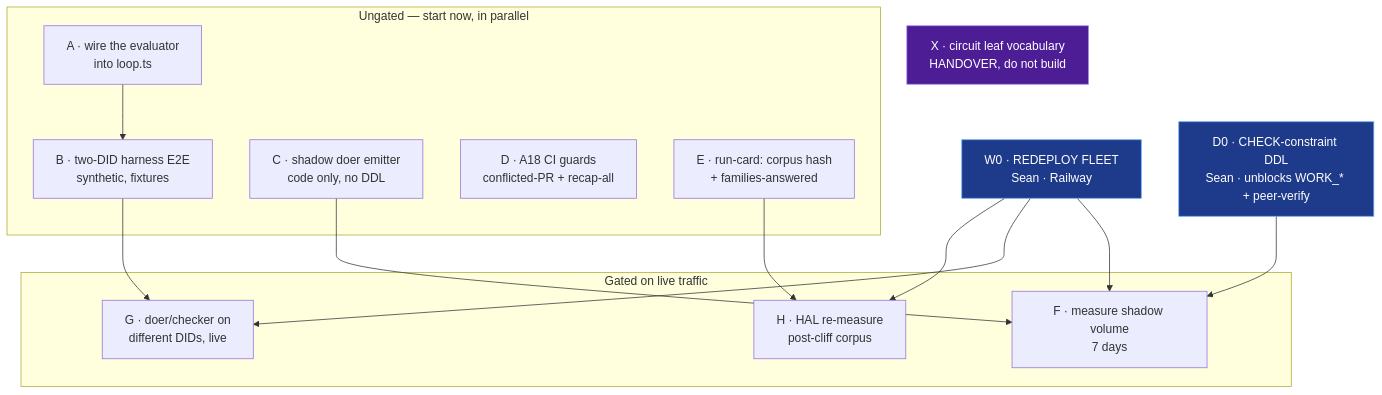
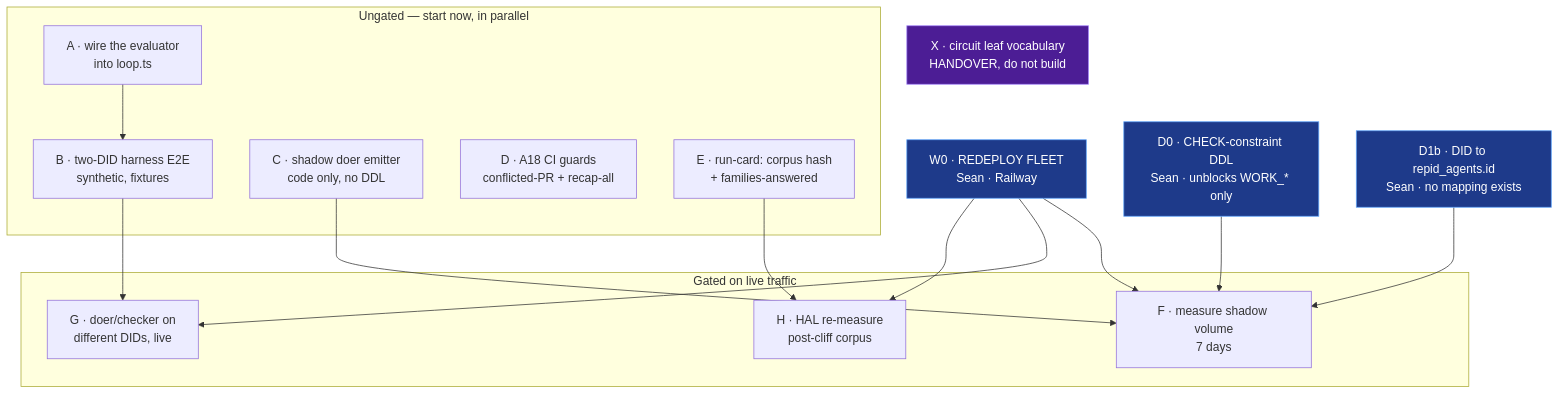
One commit to DealAppSeo/trinity-ecosystem changed the second of 3 diagrams in docs/PARALLEL-SPRINT-PLAN-2026-08-15.md. Above: the diagram before and after it, drawn with Mermaid. The commit also changed other lines of this file and 2 other files, not shown here.

````diff
--- a/docs/PARALLEL-SPRINT-PLAN-2026-08-15.md
+++ b/docs/PARALLEL-SPRINT-PLAN-2026-08-15.md
@@ -99,29 +99,30 @@
 ```mermaid
 graph TD
   W0["W0 · REDEPLOY FLEET<br/>Sean · Railway"]:::human
 
   subgraph UNGATED["Ungated — start now, in parallel"]
     A1["A · wire the evaluator<br/>into loop.ts"]
     A2["B · two-DID harness E2E<br/>synthetic, fixtures"]
     A3["C · shadow doer emitter<br/>code only, no DDL"]
     A4["D · A18 CI guards<br/>conflicted-PR + recap-all"]
     A5["E · run-card: corpus hash<br/>+ families-answered"]
   end
 
   subgraph GATED["Gated on live traffic"]
     G1["F · measure shadow volume<br/>7 days"]
     G2["G · doer/checker on<br/>different DIDs, live"]
     G3["H · HAL re-measure<br/>post-cliff corpus"]
   end
 
   W0 --> G1 & G2 & G3
   A1 --> A2 --> G2
   A3 --> G1
   A5 --> G3
-  D0["D0 · CHECK-constraint DDL<br/>Sean · unblocks WORK_* + peer-verify"]:::human --> G1
+  D0["D0 · CHECK-constraint DDL<br/>Sean · unblocks WORK_* only"]:::human --> G1
+  D1b["D1b · DID to repid_agents.id<br/>Sean · no mapping exists"]:::human --> G1
 
   X["X · circuit leaf vocabulary<br/>HANDOVER, do not build"]:::block
 
   classDef human fill:#1e3a8a,stroke:#60a5fa,color:#fff
   classDef block fill:#4c1d95,stroke:#a78bfa,color:#fff
 ```
````
